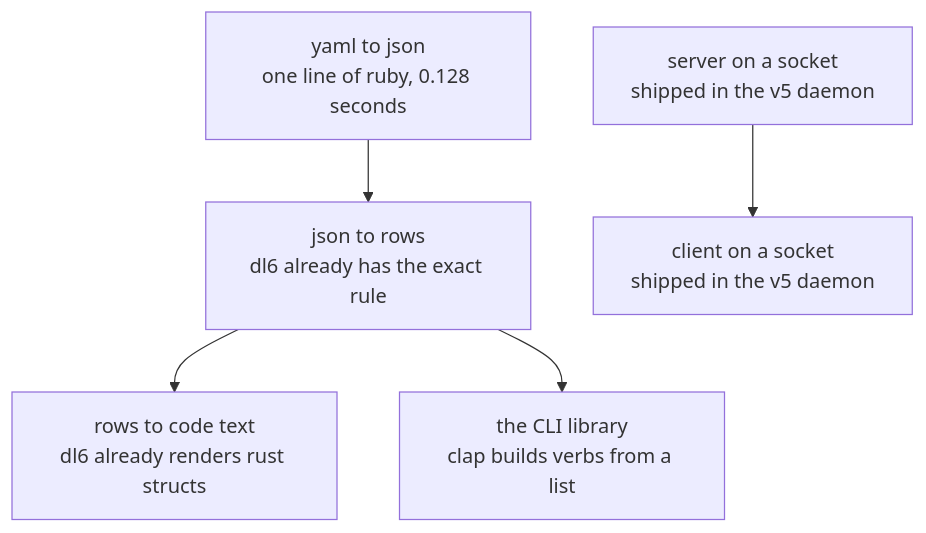
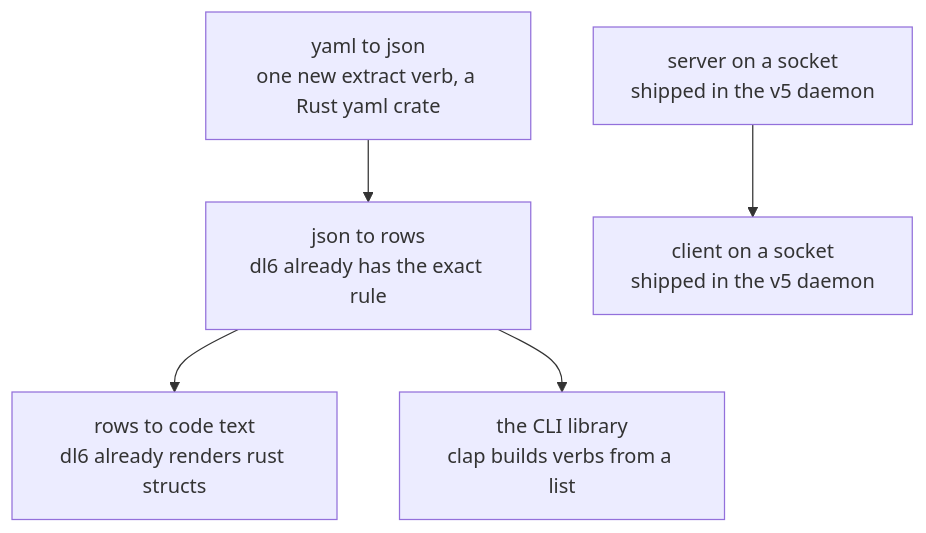
Before and after one commit to hafley66/sprefa: the third of 5 diagrams in plans/2026-08-17-openapi-clap-uds.PLAN.visual.human.unga.md, drawn with Mermaid. The commit also changed other lines of this file and 1 other file, not shown here.

Commit message:
plan: F0 chosen, dl6 is the API and CLI; engine-rs serve seam; yaml via extract verb

````diff
--- a/plans/2026-08-17-openapi-clap-uds.PLAN.visual.human.unga.md
+++ b/plans/2026-08-17-openapi-clap-uds.PLAN.visual.human.unga.md
@@ -32,12 +46,12 @@
 ```mermaid
 flowchart TD
-  A["yaml to json<br/>one line of ruby, 0.128 seconds"]
+  A["yaml to json<br/>one new extract verb, a Rust yaml crate"]
   B["json to rows<br/>dl6 already has the exact rule"]
   C["rows to code text<br/>dl6 already renders rust structs"]
   D["server on a socket<br/>shipped in the v5 daemon"]
   E["client on a socket<br/>shipped in the v5 daemon"]
   F["the CLI library<br/>clap builds verbs from a list"]
   A --> B --> C
   B --> F
   D --> E
 ```
````
